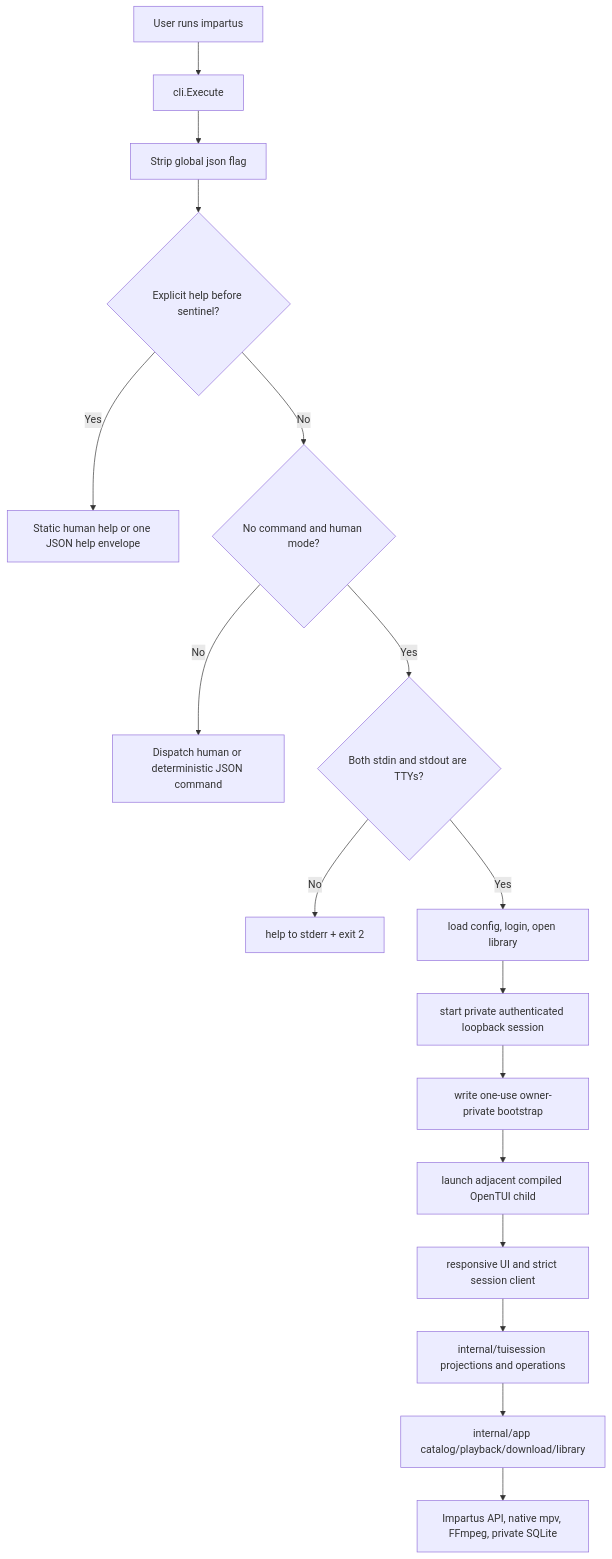
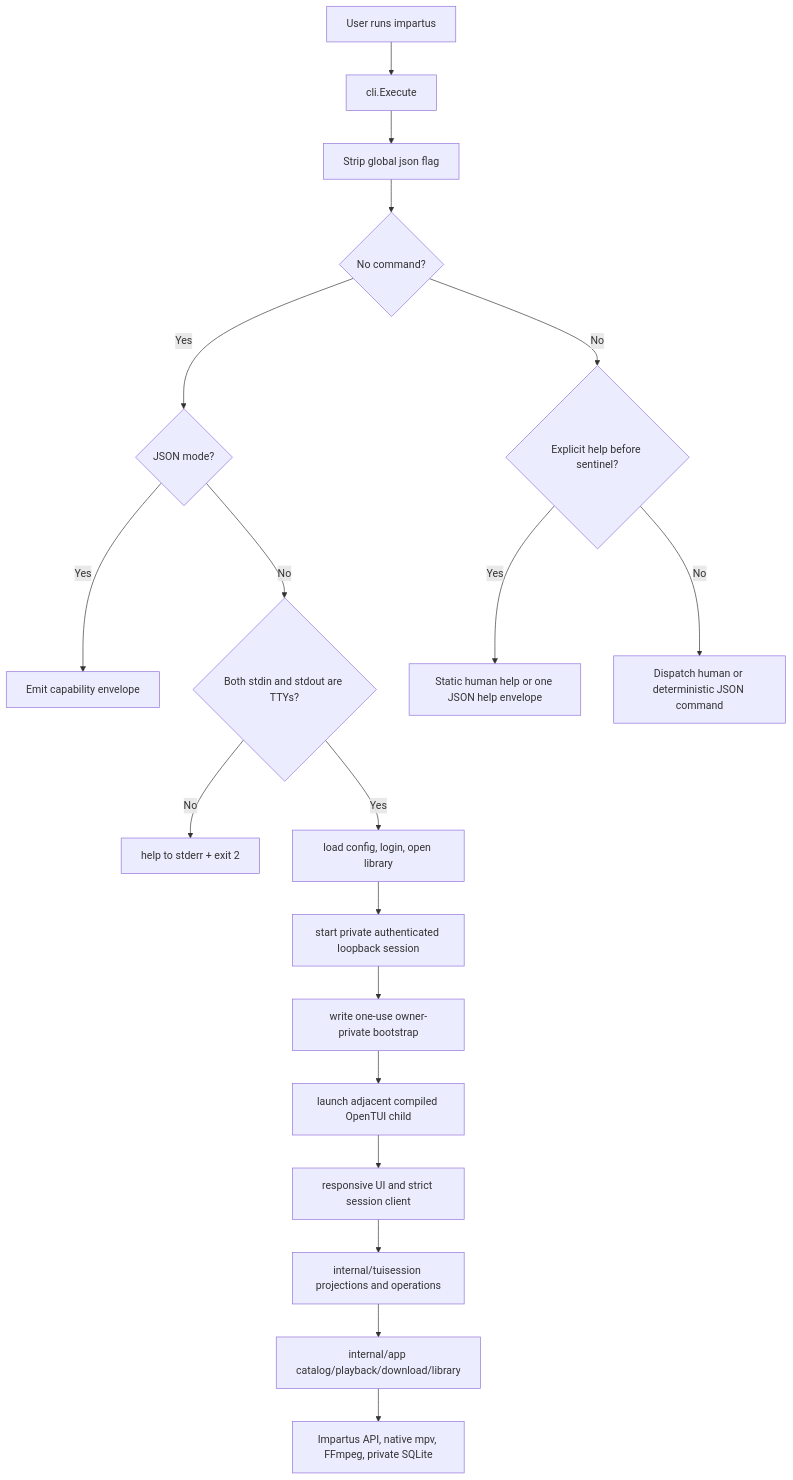
One commit to rabesss/impartus-cli changed the first of 7 diagrams in docs/architecture.md. Above: the diagram before and after it, drawn with Mermaid. The commit also changed 1 other file, not shown here.

Commit message:
test(cli): reconcile hosted help findings

````diff
--- a/docs/architecture.md
+++ b/docs/architecture.md
@@ -31,19 +31,21 @@
 ```mermaid
 flowchart TD
   A[User runs impartus] --> B[cli.Execute]
   B --> C[Strip global json flag]
-  C --> D{Explicit help before sentinel?}
-  D -- Yes --> E[Static human help or one JSON help envelope]
-  D -- No --> F{No command and human mode?}
-  F -- No --> L[Dispatch human or deterministic JSON command]
-  F -- Yes --> G{Both stdin and stdout are TTYs?}
+  C --> D{No command?}
+  D -- Yes --> E{JSON mode?}
+  E -- Yes --> F[Emit capability envelope]
+  E -- No --> G{Both stdin and stdout are TTYs?}
   G -- No --> H[help to stderr + exit 2]
-  G -- Yes --> I[load config, login, open library]
-  I --> J[start private authenticated loopback session]
-  J --> K[write one-use owner-private bootstrap]
-  K --> M[launch adjacent compiled OpenTUI child]
-  M --> N[responsive UI and strict session client]
-  N --> O[internal/tuisession projections and operations]
-  O --> P[internal/app catalog/playback/download/library]
-  P --> Q[Impartus API, native mpv, FFmpeg, private SQLite]
+  D -- No --> I{Explicit help before sentinel?}
+  I -- Yes --> J[Static human help or one JSON help envelope]
+  I -- No --> K[Dispatch human or deterministic JSON command]
+  G -- Yes --> L[load config, login, open library]
+  L --> M[start private authenticated loopback session]
+  M --> N[write one-use owner-private bootstrap]
+  N --> O[launch adjacent compiled OpenTUI child]
+  O --> P[responsive UI and strict session client]
+  P --> Q[internal/tuisession projections and operations]
+  Q --> R[internal/app catalog/playback/download/library]
+  R --> S[Impartus API, native mpv, FFmpeg, private SQLite]
 ```
````
